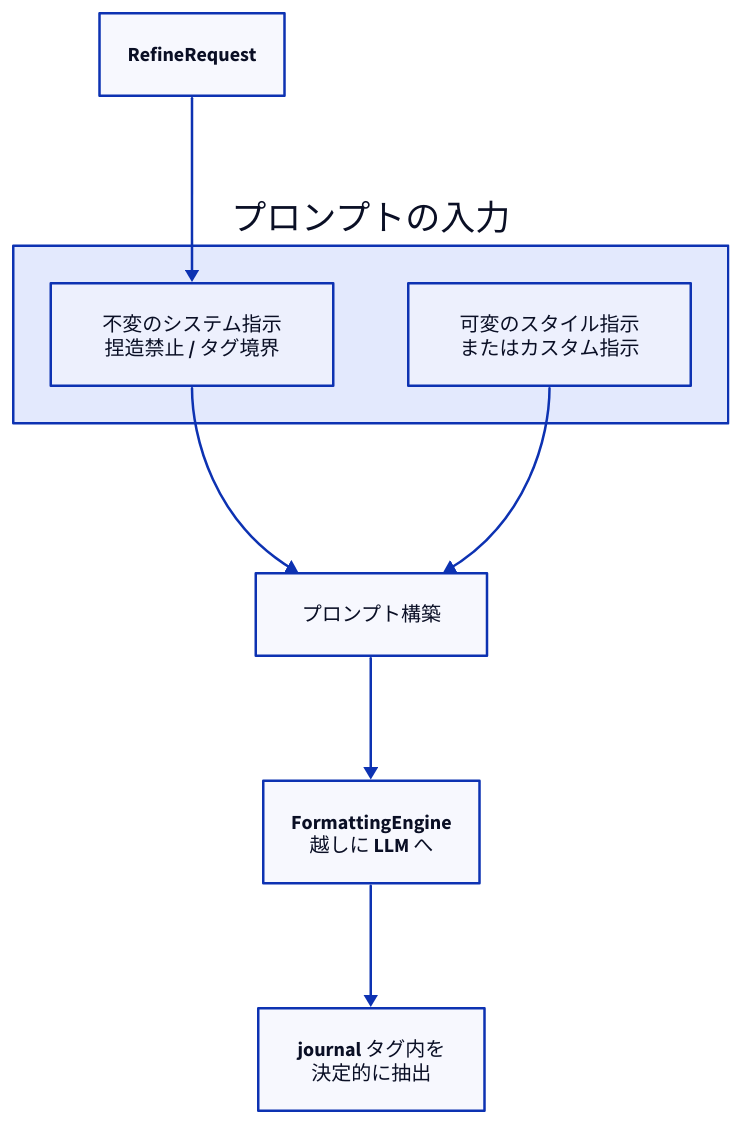
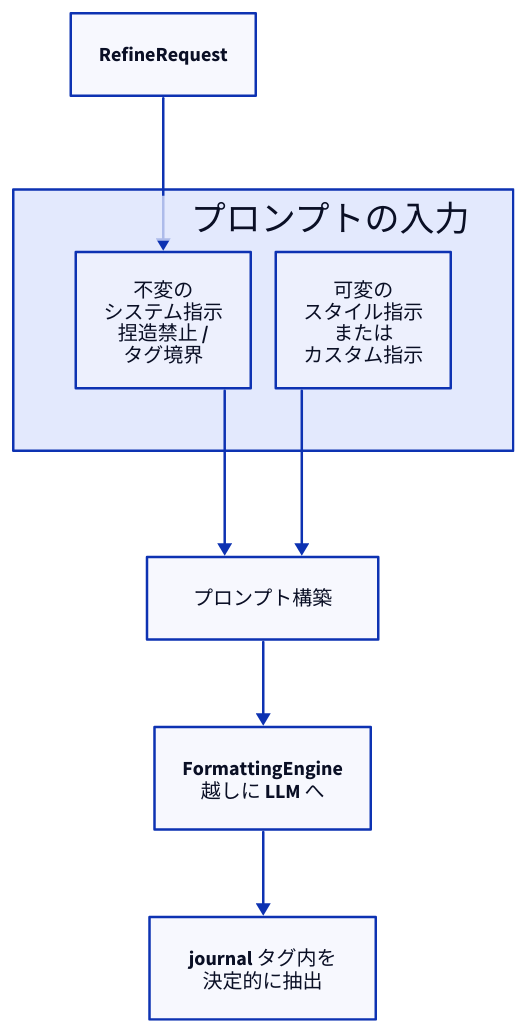
Before and after one commit to Takenori-Kusaka/publishing-hub: the diagram in images/c4/refine-intelligence-components.d2, drawn with D2. The commit also changed 78 other files, not shown here.

First line of the commit message:
fix(diagrams): 自然幅が 480px を超えていた図 26 枚を縦に積んで描き直す

```diff
--- a/images/c4/refine-intelligence-components.d2
+++ b/images/c4/refine-intelligence-components.d2
@@ -1,20 +1,31 @@
 # 整形サブシステムの構成（正本: books/quickscribe-design/formatting-intelligence.md）
-# 自然幅を抑えるため、可変の入力をコンテナで束ねる
+# 並列な 2 つの入力（不変の指示と可変の指示）をコンテナで束ね、横に並べて示す。
+# layout は elk。TALA は 2 つの入力をコンテナの中で斜めに置き、自然幅が 480px を超えて
+# 電話（本文幅 約 360px）で文字が潰れた。elk は並列の入力を横に並べ、上から下の流れを保つ。
+# 自然幅を 480px 以下に収めるため、入力の 2 つの箱は短い行で改行し、幅を 140px に固定する
+# （既定の余白のままだとコンテナが 490px になる）。コンテナの見出しは右上に置き、
+# RefineRequest からの矢印が見出しの文字に重ならないようにする。
+vars: {
+  d2-config: {
+    layout-engine: elk
+  }
+}
 direction: down
 
 req: RefineRequest
 
 inputs: "プロンプトの入力" {
   direction: down
-  inv: "不変のシステム指示\n捏造禁止 / タグ境界" { style.bold: true }
-  var: "可変のスタイル指示\nまたはカスタム指示"
+  label.near: top-right
+  inv: "不変の\nシステム指示\n捏造禁止 /\nタグ境界" { style.bold: true; width: 140 }
+  var: "可変の\nスタイル指示\nまたは\nカスタム指示" { width: 140 }
 }
 
 build: プロンプト構築
 engine: "FormattingEngine\n越しに LLM へ"
 extract: "journal タグ内を\n決定的に抽出"
 
 req -> inputs.inv
 inputs.inv -> build
 inputs.var -> build
 build -> engine -> extract
```
